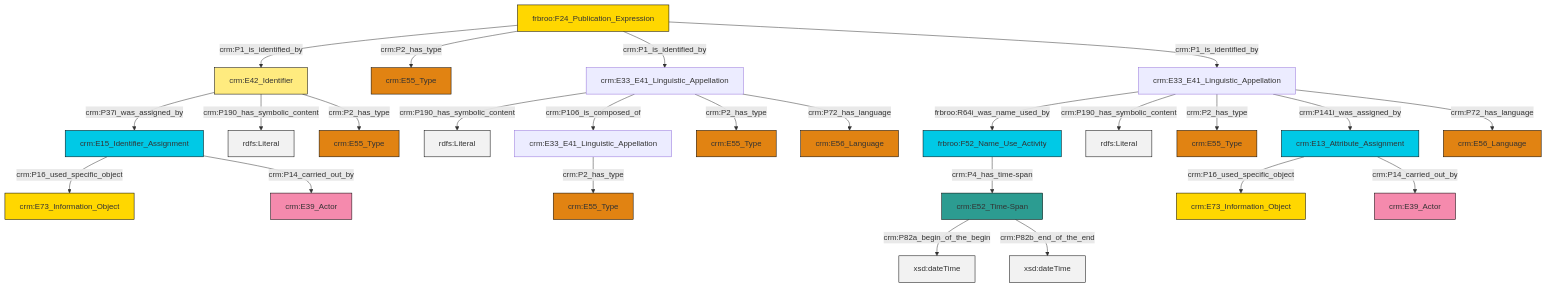
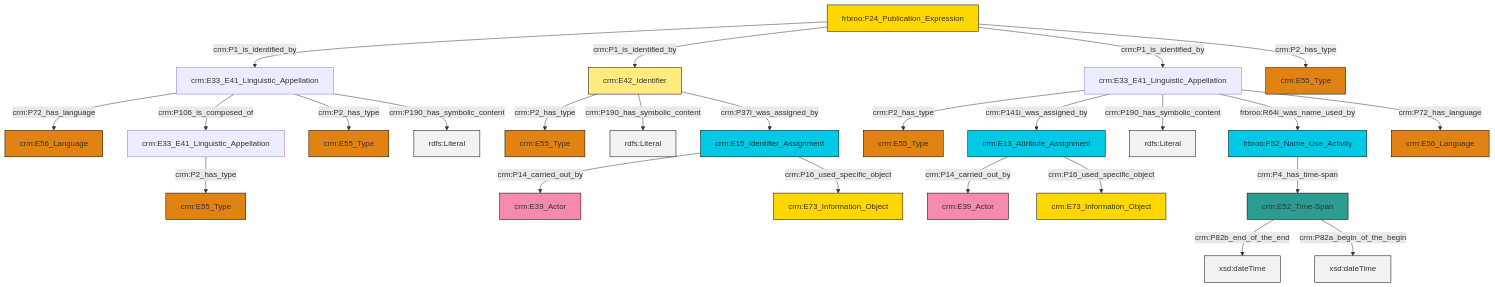
One commit to swiss-art-research-net/docs.swissartresearch changed the diagram in et/biblioCSV/ttl/mmd/biblio_name.ttl.mmd. Above: the diagram before and after it, drawn with Mermaid. The commit also changed 172 other files, not shown here.

```diff
--- a/et/biblioCSV/ttl/mmd/biblio_name.ttl.mmd
+++ b/et/biblioCSV/ttl/mmd/biblio_name.ttl.mmd
@@ -1,39 +1,39 @@
 graph TD
 classDef Literal fill:#f2f2f2,stroke:#000000;
 classDef CRM_Entity fill:#FFFFFF,stroke:#000000;
 classDef Temporal_Entity fill:#00C9E6, stroke:#000000;
 classDef Type fill:#E18312, stroke:#000000;
 classDef Time-Span fill:#2C9C91, stroke:#000000;
 classDef Appellation fill:#FFEB7F, stroke:#000000;
 classDef Place fill:#008836, stroke:#000000;
 classDef Persistent_Item fill:#B266B2, stroke:#000000;
 classDef Conceptual_Object fill:#FFD700, stroke:#000000;
 classDef Physical_Thing fill:#D2B48C, stroke:#000000;
 classDef Actor fill:#f58aad, stroke:#000000;
 classDef PC_Classes fill:#4ce600, stroke:#000000;
 classDef Multi fill:#cccccc,stroke:#000000;
 
-0["crm:E33_E41_Linguistic_Appellation"]:::Default -->|crm:P190_has_symbolic_content| 1[rdfs:Literal]:::Literal
-0["crm:E33_E41_Linguistic_Appellation"]:::Default -->|crm:P106_is_composed_of| 2["crm:E33_E41_Linguistic_Appellation"]:::Default
-7["crm:E13_Attribute_Assignment"]:::Temporal_Entity -->|crm:P16_used_specific_object| 8["crm:E73_Information_Object"]:::Conceptual_Object
-2["crm:E33_E41_Linguistic_Appellation"]:::Default -->|crm:P2_has_type| 9["crm:E55_Type"]:::Type
-0["crm:E33_E41_Linguistic_Appellation"]:::Default -->|crm:P2_has_type| 10["crm:E55_Type"]:::Type
-11["frbroo:F24_Publication_Expression"]:::Conceptual_Object -->|crm:P1_is_identified_by| 12["crm:E42_Identifier"]:::Appellation
-12["crm:E42_Identifier"]:::Appellation -->|crm:P37i_was_assigned_by| 13["crm:E15_Identifier_Assignment"]:::Temporal_Entity
-18["frbroo:F52_Name_Use_Activity"]:::Temporal_Entity -->|crm:P4_has_time-span| 19["crm:E52_Time-Span"]:::Time-Span
-12["crm:E42_Identifier"]:::Appellation -->|crm:P190_has_symbolic_content| 20[rdfs:Literal]:::Literal
-13["crm:E15_Identifier_Assignment"]:::Temporal_Entity -->|crm:P16_used_specific_object| 21["crm:E73_Information_Object"]:::Conceptual_Object
-15["crm:E33_E41_Linguistic_Appellation"]:::Default -->|frbroo:R64i_was_name_used_by| 18["frbroo:F52_Name_Use_Activity"]:::Temporal_Entity
-13["crm:E15_Identifier_Assignment"]:::Temporal_Entity -->|crm:P14_carried_out_by| 23["crm:E39_Actor"]:::Actor
-15["crm:E33_E41_Linguistic_Appellation"]:::Default -->|crm:P190_has_symbolic_content| 24[rdfs:Literal]:::Literal
-12["crm:E42_Identifier"]:::Appellation -->|crm:P2_has_type| 26["crm:E55_Type"]:::Type
-11["frbroo:F24_Publication_Expression"]:::Conceptual_Object -->|crm:P2_has_type| 27["crm:E55_Type"]:::Type
-15["crm:E33_E41_Linguistic_Appellation"]:::Default -->|crm:P2_has_type| 3["crm:E55_Type"]:::Type
-11["frbroo:F24_Publication_Expression"]:::Conceptual_Object -->|crm:P1_is_identified_by| 0["crm:E33_E41_Linguistic_Appellation"]:::Default
-19["crm:E52_Time-Span"]:::Time-Span -->|crm:P82a_begin_of_the_begin| 38[xsd:dateTime]:::Literal
-7["crm:E13_Attribute_Assignment"]:::Temporal_Entity -->|crm:P14_carried_out_by| 5["crm:E39_Actor"]:::Actor
-15["crm:E33_E41_Linguistic_Appellation"]:::Default -->|crm:P141i_was_assigned_by| 7["crm:E13_Attribute_Assignment"]:::Temporal_Entity
-15["crm:E33_E41_Linguistic_Appellation"]:::Default -->|crm:P72_has_language| 40["crm:E56_Language"]:::Type
-11["frbroo:F24_Publication_Expression"]:::Conceptual_Object -->|crm:P1_is_identified_by| 15["crm:E33_E41_Linguistic_Appellation"]:::Default
-0["crm:E33_E41_Linguistic_Appellation"]:::Default -->|crm:P72_has_language| 32["crm:E56_Language"]:::Type
-19["crm:E52_Time-Span"]:::Time-Span -->|crm:P82b_end_of_the_end| 44[xsd:dateTime]:::Literal
+0["crm:E33_E41_Linguistic_Appellation"]:::Default -->|crm:P72_has_language| 1["crm:E56_Language"]:::Type
+2["crm:E33_E41_Linguistic_Appellation"]:::Default -->|crm:P2_has_type| 3["crm:E55_Type"]:::Type
+4["crm:E42_Identifier"]:::Appellation -->|crm:P2_has_type| 5["crm:E55_Type"]:::Type
+6["crm:E52_Time-Span"]:::Time-Span -->|crm:P82b_end_of_the_end| 7[xsd:dateTime]:::Literal
+2["crm:E33_E41_Linguistic_Appellation"]:::Default -->|crm:P141i_was_assigned_by| 13["crm:E13_Attribute_Assignment"]:::Temporal_Entity
+2["crm:E33_E41_Linguistic_Appellation"]:::Default -->|crm:P190_has_symbolic_content| 14[rdfs:Literal]:::Literal
+15["frbroo:F24_Publication_Expression"]:::Conceptual_Object -->|crm:P1_is_identified_by| 0["crm:E33_E41_Linguistic_Appellation"]:::Default
+2["crm:E33_E41_Linguistic_Appellation"]:::Default -->|frbroo:R64i_was_name_used_by| 16["frbroo:F52_Name_Use_Activity"]:::Temporal_Entity
+4["crm:E42_Identifier"]:::Appellation -->|crm:P190_has_symbolic_content| 21[rdfs:Literal]:::Literal
+25["crm:E15_Identifier_Assignment"]:::Temporal_Entity -->|crm:P14_carried_out_by| 11["crm:E39_Actor"]:::Actor
+15["frbroo:F24_Publication_Expression"]:::Conceptual_Object -->|crm:P1_is_identified_by| 4["crm:E42_Identifier"]:::Appellation
+2["crm:E33_E41_Linguistic_Appellation"]:::Default -->|crm:P72_has_language| 8["crm:E56_Language"]:::Type
+13["crm:E13_Attribute_Assignment"]:::Temporal_Entity -->|crm:P14_carried_out_by| 27["crm:E39_Actor"]:::Actor
+0["crm:E33_E41_Linguistic_Appellation"]:::Default -->|crm:P106_is_composed_of| 28["crm:E33_E41_Linguistic_Appellation"]:::Default
+0["crm:E33_E41_Linguistic_Appellation"]:::Default -->|crm:P2_has_type| 19["crm:E55_Type"]:::Type
+4["crm:E42_Identifier"]:::Appellation -->|crm:P37i_was_assigned_by| 25["crm:E15_Identifier_Assignment"]:::Temporal_Entity
+6["crm:E52_Time-Span"]:::Time-Span -->|crm:P82a_begin_of_the_begin| 35[xsd:dateTime]:::Literal
+28["crm:E33_E41_Linguistic_Appellation"]:::Default -->|crm:P2_has_type| 30["crm:E55_Type"]:::Type
+15["frbroo:F24_Publication_Expression"]:::Conceptual_Object -->|crm:P1_is_identified_by| 2["crm:E33_E41_Linguistic_Appellation"]:::Default
+15["frbroo:F24_Publication_Expression"]:::Conceptual_Object -->|crm:P2_has_type| 41["crm:E55_Type"]:::Type
+25["crm:E15_Identifier_Assignment"]:::Temporal_Entity -->|crm:P16_used_specific_object| 23["crm:E73_Information_Object"]:::Conceptual_Object
+16["frbroo:F52_Name_Use_Activity"]:::Temporal_Entity -->|crm:P4_has_time-span| 6["crm:E52_Time-Span"]:::Time-Span
+0["crm:E33_E41_Linguistic_Appellation"]:::Default -->|crm:P190_has_symbolic_content| 46[rdfs:Literal]:::Literal
+13["crm:E13_Attribute_Assignment"]:::Temporal_Entity -->|crm:P16_used_specific_object| 33["crm:E73_Information_Object"]:::Conceptual_Object
```
